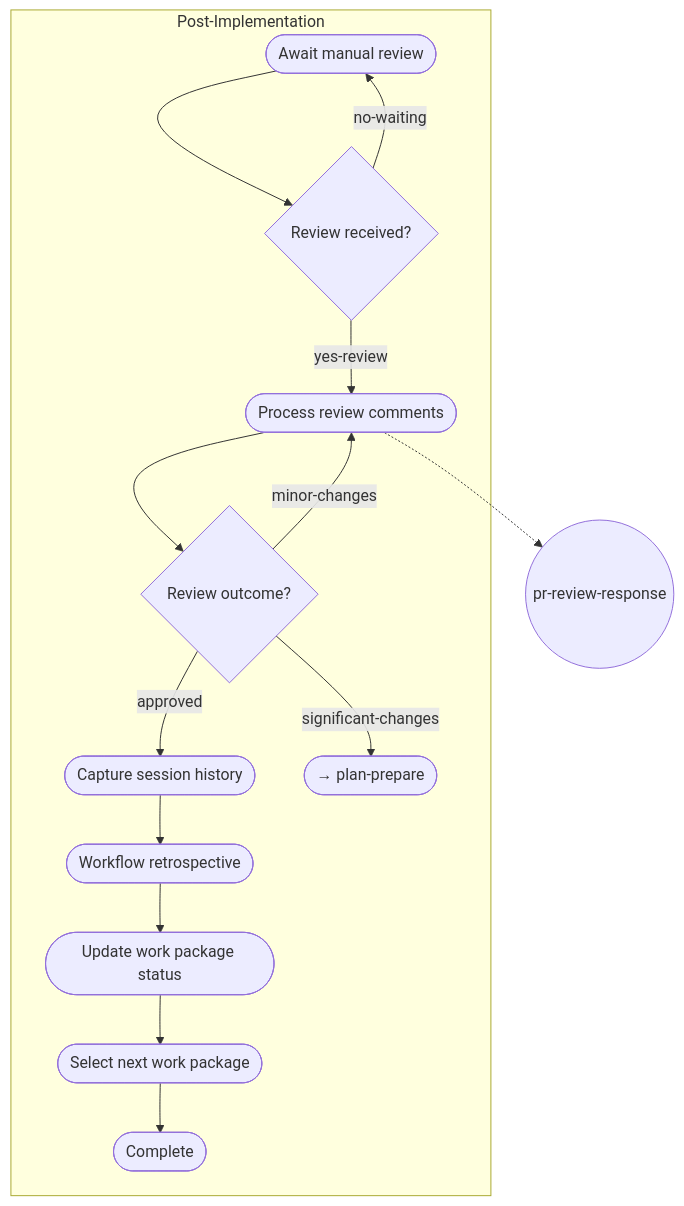
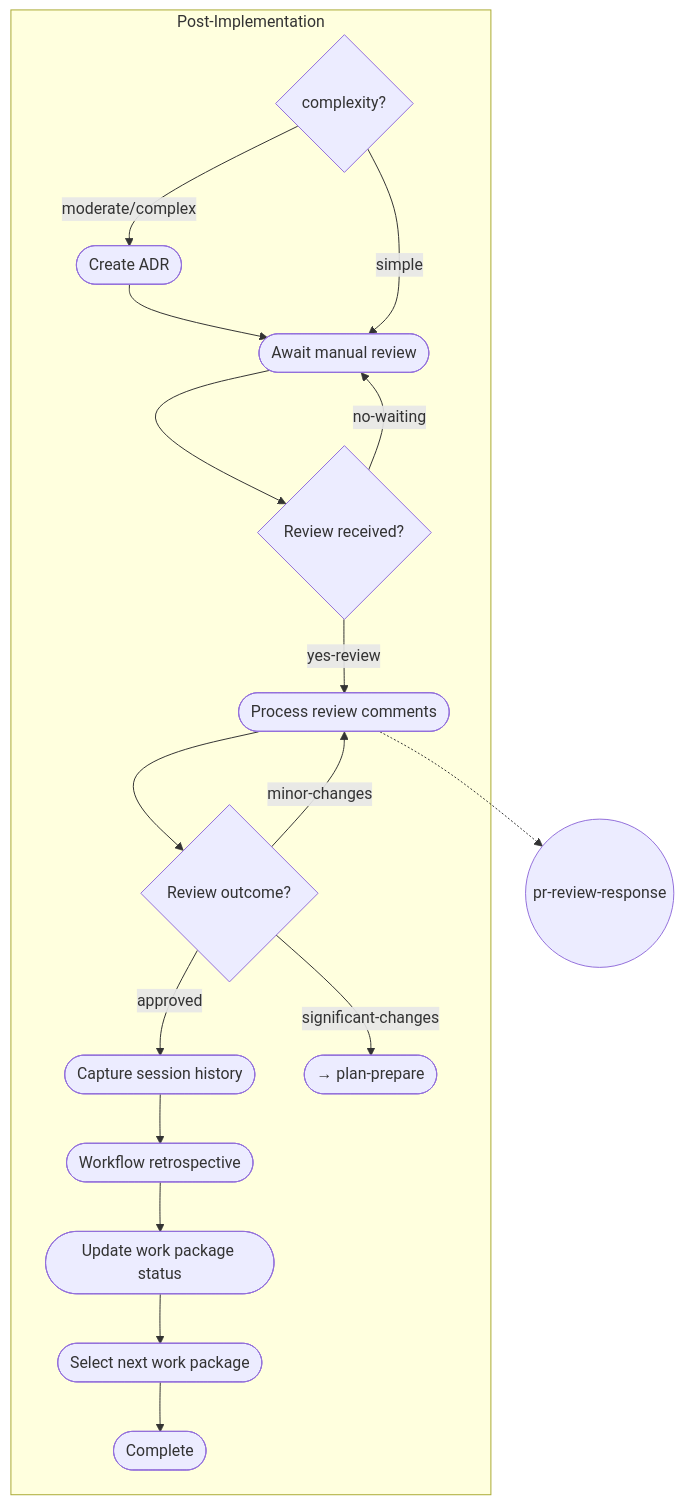
One commit to m2ux/workflow-server changed diagram 13 of 13 in workflows/work-package/README.md. Above: the diagram before and after it, drawn with Mermaid. The commit also changed other lines of this file and 2 other files, not shown here.

First line of the commit message:
refactor(work-package): move ADR creation to post-implementation

````diff
--- a/workflows/work-package/README.md
+++ b/workflows/work-package/README.md
@@ -449,28 +439,33 @@
 ```mermaid
 graph TD
     subgraph post-implementation[Post-Implementation]
+        adr([Create ADR])
         pi1([Await manual review])
         pi2([Process review comments])
         pi3([Capture session history])
         pi4([Workflow retrospective])
         pi5([Update work package status])
         pi6([Select next work package])
         
+        cond{complexity?}
         cp1{Review received?}
         cp2{Review outcome?}
+        
+        cond -->|moderate/complex| adr --> pi1
+        cond -->|simple| pi1
         
         pi1 --> cp1
         cp1 -->|yes-review| pi2
         cp1 -->|no-waiting| pi1
         
         pi2 --> cp2
         cp2 -->|approved| pi3
         cp2 -->|minor-changes| pi2
         cp2 -->|significant-changes| Back([→ plan-prepare])
         
         pi3 --> pi4 --> pi5 --> pi6 --> Done([Complete])
     end
     
     skill((pr-review-response))
     pi2 -.-> skill
 ```
````
